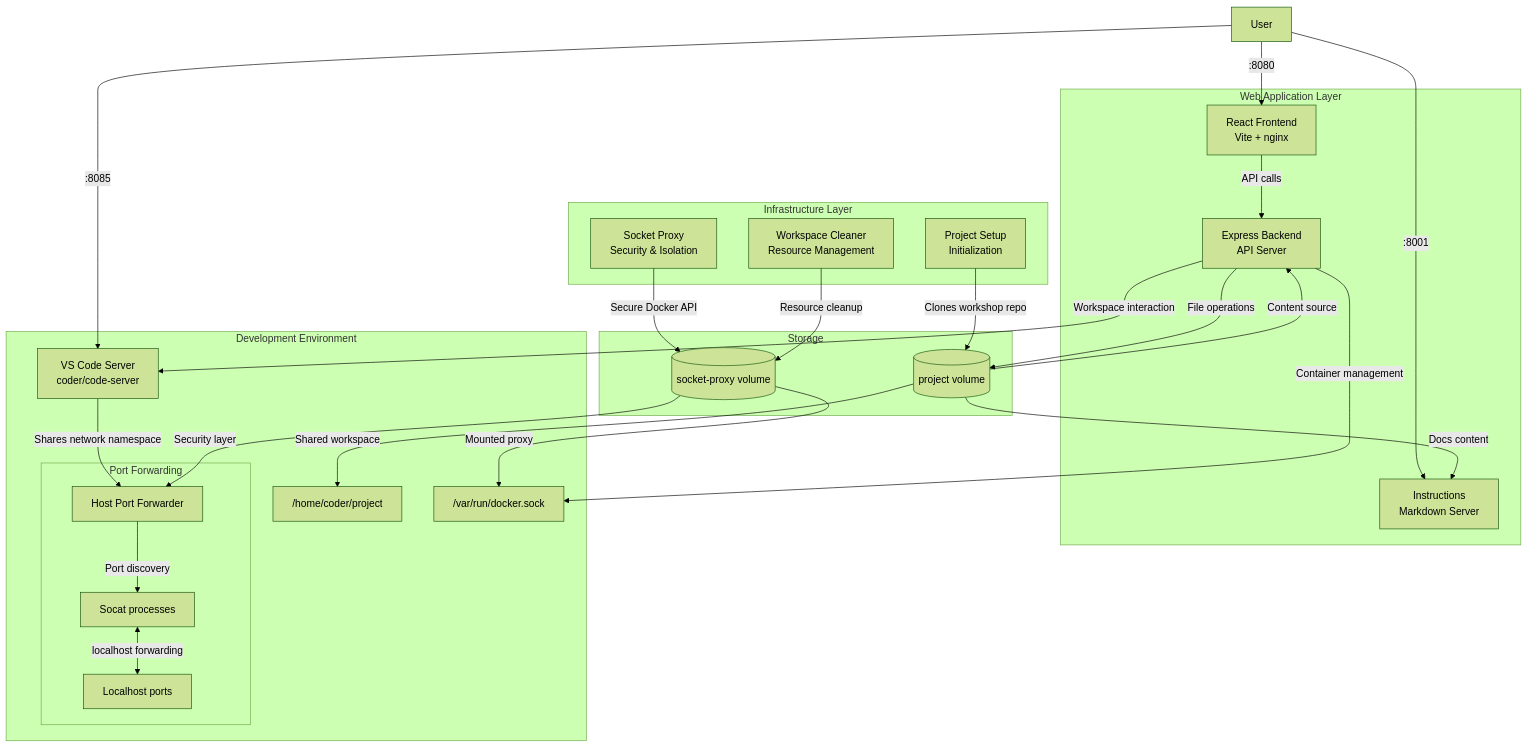
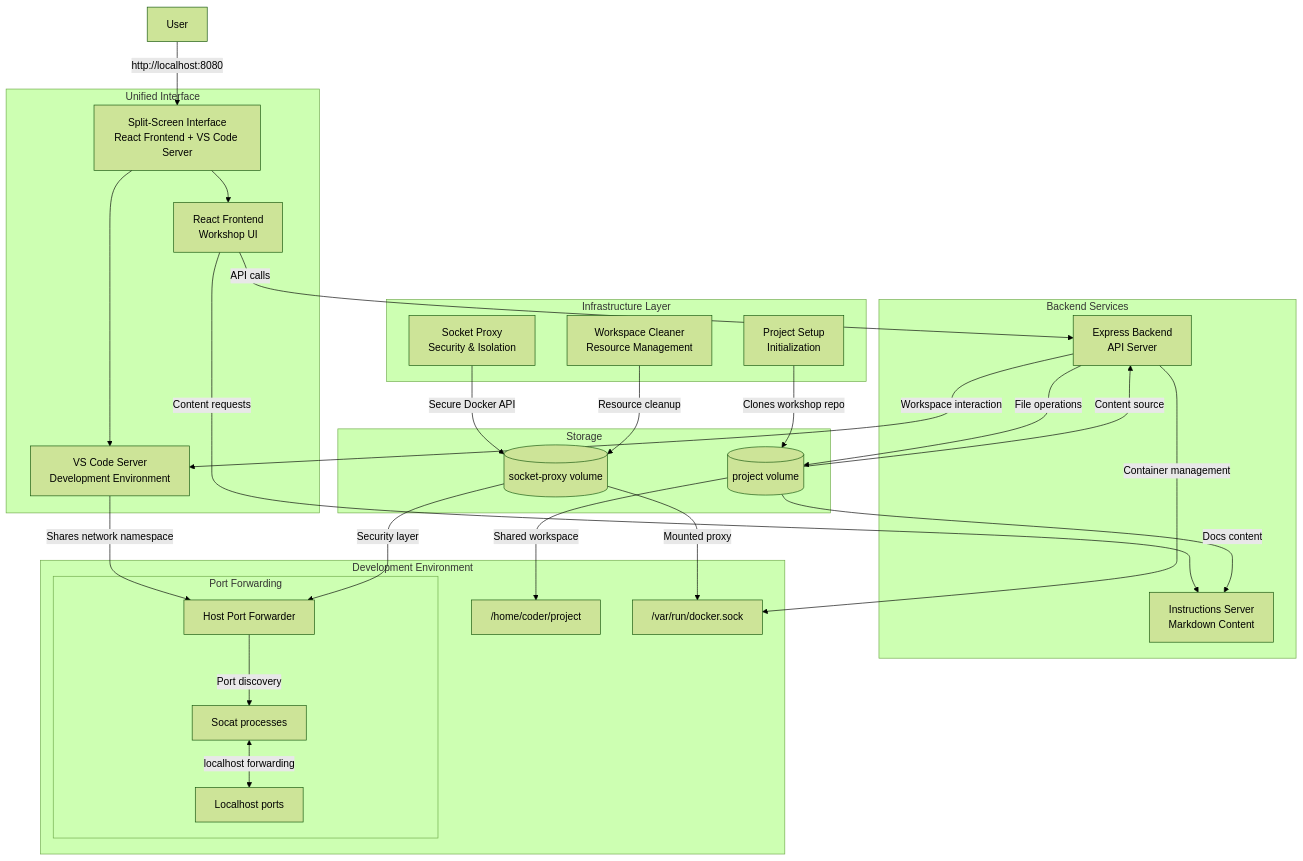
Before and after one commit to ajeetraina/workshop-poc-infra: the diagram in README.md, drawn with Mermaid (forest theme). The commit also changed other lines of this file, not shown here.

Commit message:
Update README to reflect unified split-screen interface instead of separate ports

````diff
--- a/README.md
+++ b/README.md
@@ -11,56 +11,59 @@
 ```mermaid
 flowchart TD
-    User[User] -->|:8080| Frontend
-    User -->|:8085| VSCode
-    User -->|:8001| Instructions
+    User[User] -->|http://localhost:8080| SplitScreen
 
-    subgraph "Web Application Layer"
-        Frontend[React Frontend<br/>Vite + nginx]
+    subgraph "Unified Interface"
+        SplitScreen[Split-Screen Interface<br/>React Frontend + VS Code Server]
+        SplitScreen --> Frontend[React Frontend<br/>Workshop UI]
+        SplitScreen --> VSCode[VS Code Server<br/>Development Environment]
+    end
+
+    subgraph "Backend Services"
         Backend[Express Backend<br/>API Server]
-        Instructions[Instructions<br/>Markdown Server]
+        Instructions[Instructions Server<br/>Markdown Content]
         
         Frontend -->|API calls| Backend
+        Frontend -->|Content requests| Instructions
     end
 
     subgraph "Development Environment"
-        VSCode[VS Code Server<br/>coder/code-server]
         project["/home/coder/project"]
         socket["/var/run/docker.sock"]
         
         subgraph "Port Forwarding"
             localhostPorts[Localhost ports]
             socat[Socat processes]
             Forwarder[Host Port Forwarder]
         end
     end
 
     subgraph "Infrastructure Layer"
         Setup[Project Setup<br/>Initialization]
         ProxyContainer[Socket Proxy<br/>Security & Isolation]
         WorkspaceCleaner[Workspace Cleaner<br/>Resource Management]
     end
 
     subgraph "Storage"
         Volume[(project volume)]
         SocketVolume[(socket-proxy volume)]
     end
 
     Setup -->|Clones workshop repo| Volume
     Volume -->|Shared workspace| project
     Volume -->|Content source| Backend
     Volume -->|Docs content| Instructions
 
     Backend -->|File operations| Volume
     Backend -->|Container management| socket
     Backend -->|Workspace interaction| VSCode
 
     VSCode -->|Shares network namespace| Forwarder
     Forwarder -->|Port discovery| socat
     socat <-->|localhost forwarding| localhostPorts
 
     ProxyContainer -->|Secure Docker API| SocketVolume
     SocketVolume -->|Mounted proxy| socket
     SocketVolume -->|Security layer| Forwarder
 
     WorkspaceCleaner -->|Resource cleanup| SocketVolume
 ```
````
